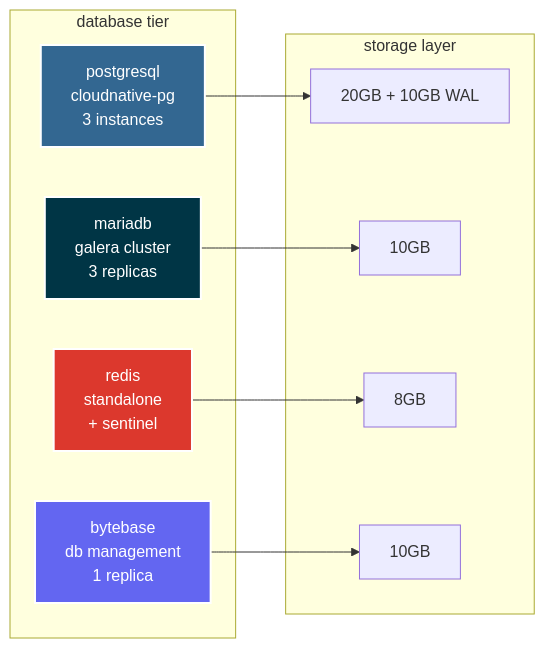
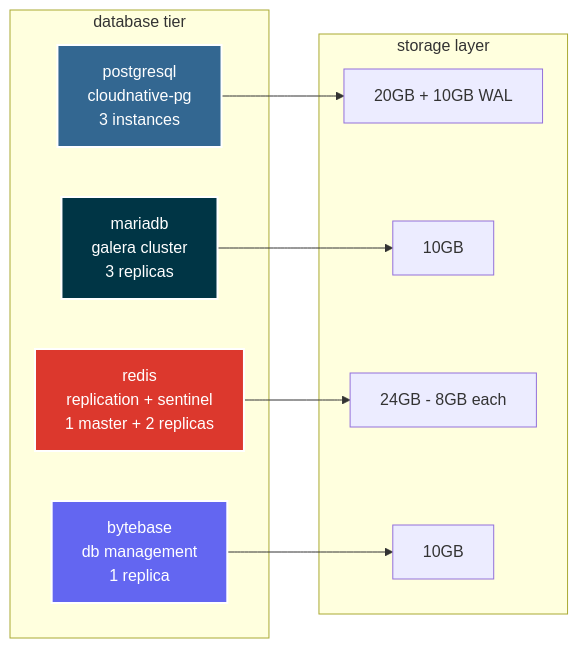
Before and after one commit to mikeyliang/k3s-infra: the second of 4 diagrams in README.md, drawn with Mermaid. The commit also changed other lines of this file and 40 other files, not shown here.

````diff
--- a/README.md
+++ b/README.md
@@ -72,21 +72,21 @@
 ```mermaid
 graph LR
     subgraph "database tier"
         PG[postgresql<br/>cloudnative-pg<br/>3 instances]
         Maria[mariadb<br/>galera cluster<br/>3 replicas]
-        Redis[redis<br/>standalone<br/>+ sentinel]
+        Redis[redis<br/>replication + sentinel<br/>1 master + 2 replicas]
         BB[bytebase<br/>db management<br/>1 replica]
     end
     
     subgraph "storage layer"
         PG --> PGStore[20GB + 10GB WAL]
         Maria --> MariaStore[10GB]
-        Redis --> RedisStore[8GB]
+        Redis --> RedisStore[24GB - 8GB each]
         BB --> BBStore[10GB]
     end
     
     style PG fill:#336791,stroke:#fff,stroke-width:2px,color:#fff
     style Maria fill:#003545,stroke:#fff,stroke-width:2px,color:#fff
     style Redis fill:#dc382d,stroke:#fff,stroke-width:2px,color:#fff
     style BB fill:#6366f1,stroke:#fff,stroke-width:2px,color:#fff
 ```
````
